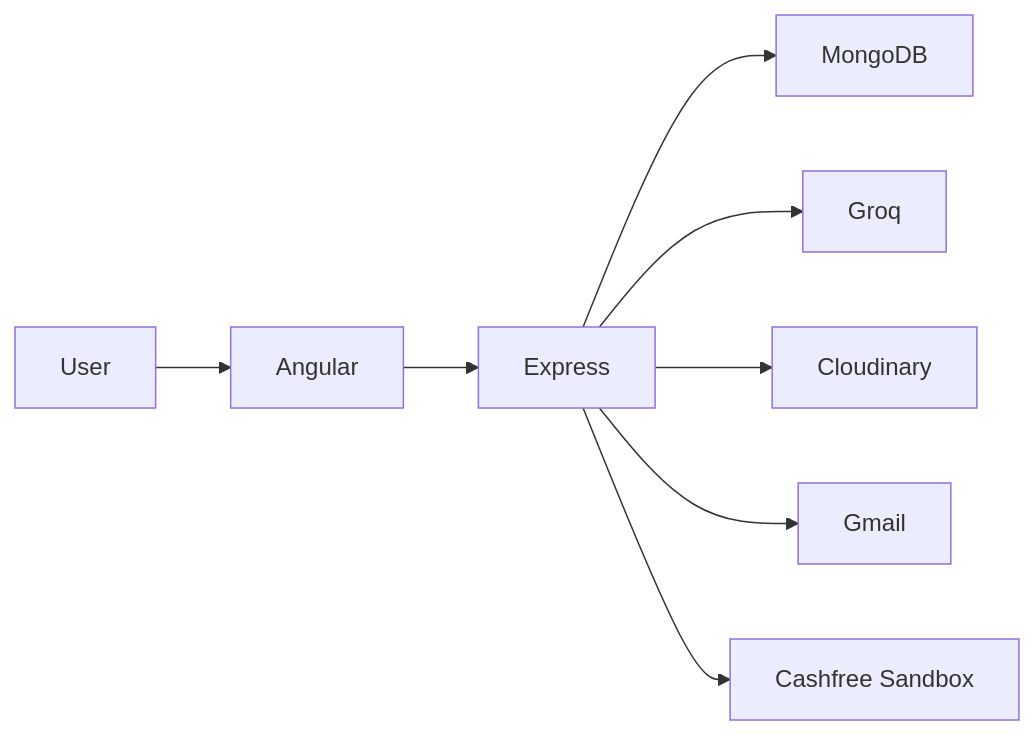
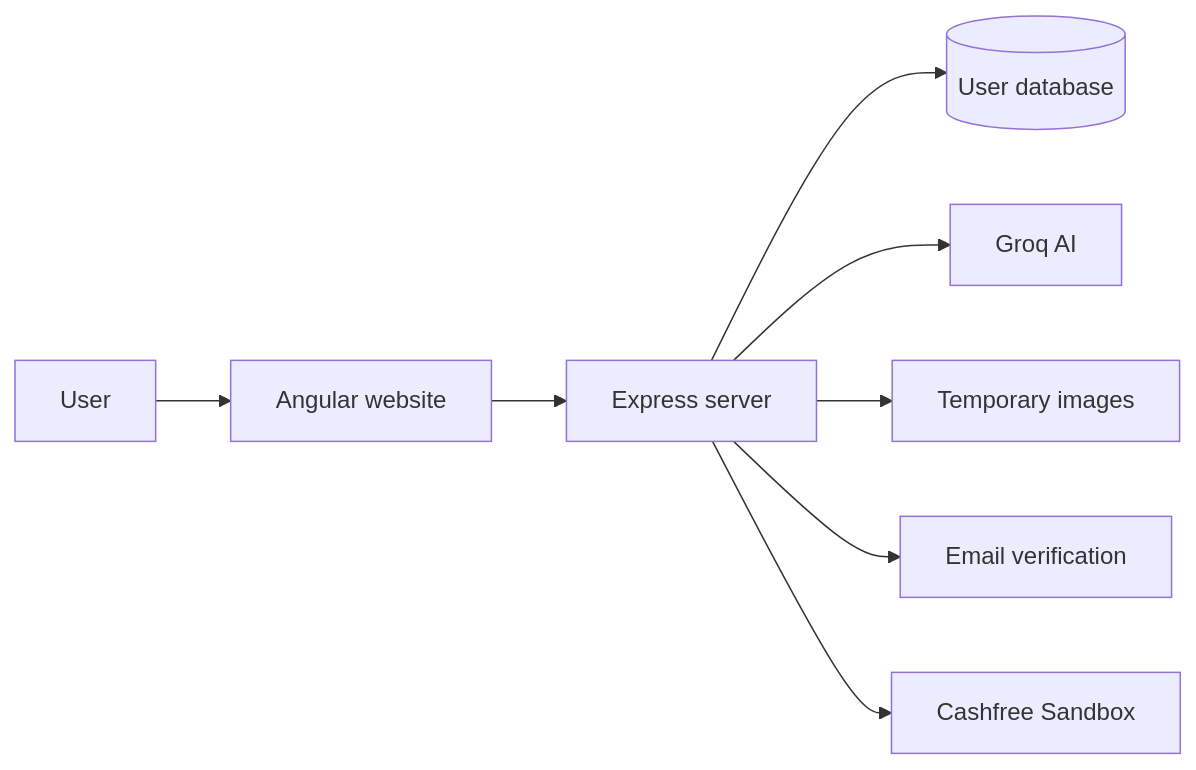
The third of 3 diagrams in README.md (SidheshwarSarangal/cashfree-ai-new-final), drawn with Mermaid before and after one commit. The commit also changed other lines of this file, not shown here.

````diff
--- a/README.md
+++ b/README.md
@@ -85,10 +82,10 @@
 ```mermaid
 flowchart LR
-    User --> Angular
-    Angular --> Express
-    Express --> MongoDB
-    Express --> Groq
-    Express --> Cloudinary
-    Express --> Gmail
+    User --> Angular[Angular website]
+    Angular --> Express[Express server]
+    Express --> MongoDB[(User database)]
+    Express --> Groq[Groq AI]
+    Express --> Cloudinary[Temporary images]
+    Express --> Gmail[Email verification]
     Express --> Cashfree[Cashfree Sandbox]
 ```
````
